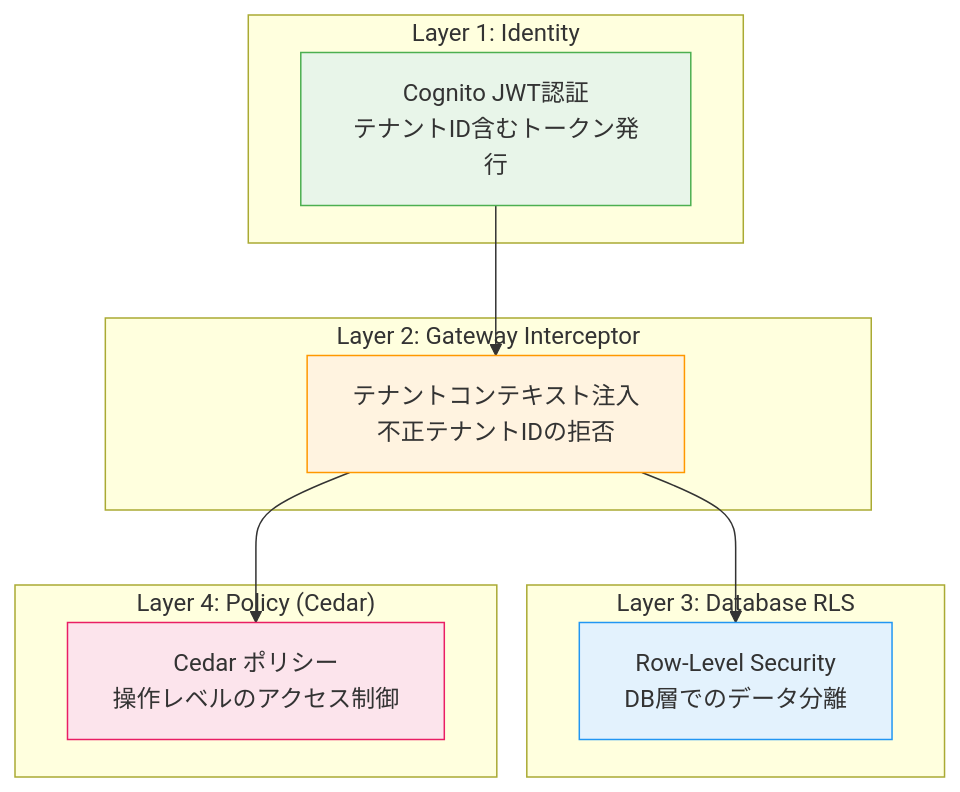
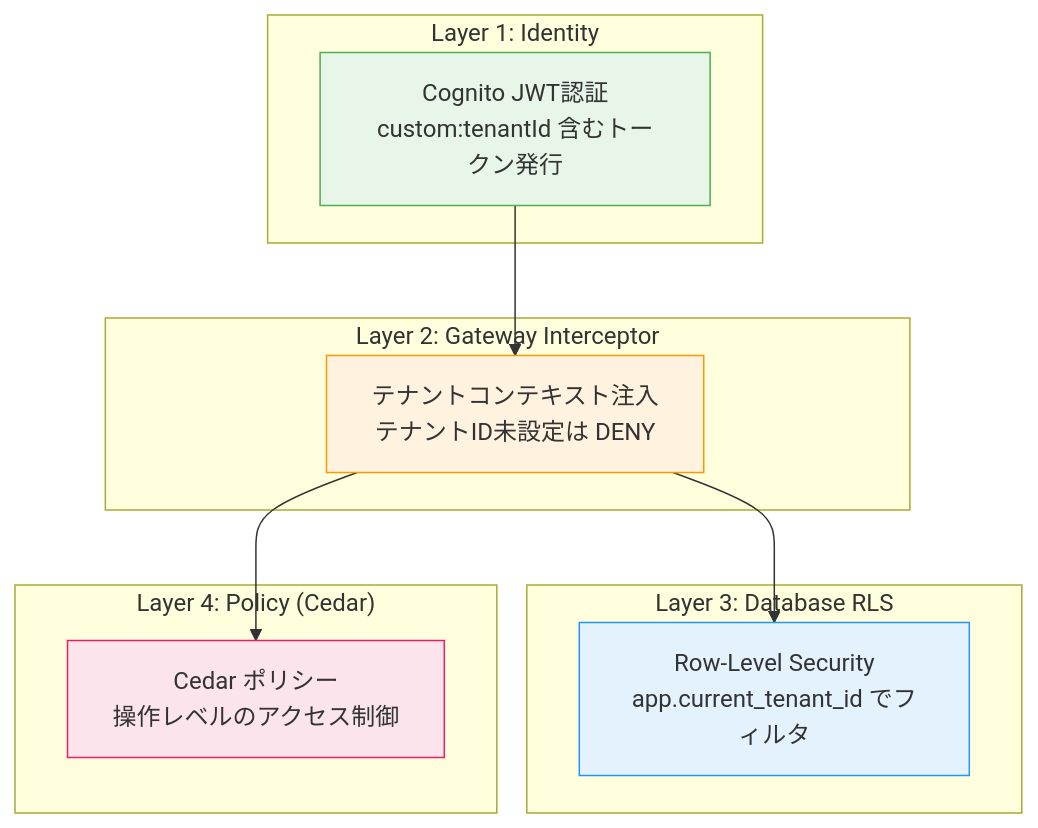
Before and after one commit to yaggytter/agentcore-multi-tenant-handson: the fourth of 4 diagrams in docs/06-multi-tenant-isolation.md, drawn with Mermaid. The commit also changed other lines of this file and 49 other files, not shown here.

````diff
--- a/docs/06-multi-tenant-isolation.md
+++ b/docs/06-multi-tenant-isolation.md
@@ -637,26 +651,26 @@
 ```mermaid
 graph TB
     subgraph "Layer 1: Identity"
-        L1[Cognito JWT認証<br/>テナントID含むトークン発行]
+        L1[Cognito JWT認証<br/>custom:tenantId 含むトークン発行]
     end
 
     subgraph "Layer 2: Gateway Interceptor"
-        L2[テナントコンテキスト注入<br/>不正テナントIDの拒否]
+        L2[テナントコンテキスト注入<br/>テナントID未設定は DENY]
     end
 
     subgraph "Layer 3: Database RLS"
-        L3[Row-Level Security<br/>DB層でのデータ分離]
+        L3[Row-Level Security<br/>app.current_tenant_id でフィルタ]
     end
 
     subgraph "Layer 4: Policy (Cedar)"
         L4[Cedar ポリシー<br/>操作レベルのアクセス制御]
     end
 
     L1 --> L2 --> L3
     L2 --> L4
 
     style L1 fill:#e8f5e9,stroke:#4caf50
     style L2 fill:#fff3e0,stroke:#ff9800
     style L3 fill:#e3f2fd,stroke:#2196f3
     style L4 fill:#fce4ec,stroke:#e91e64
 ```
````
